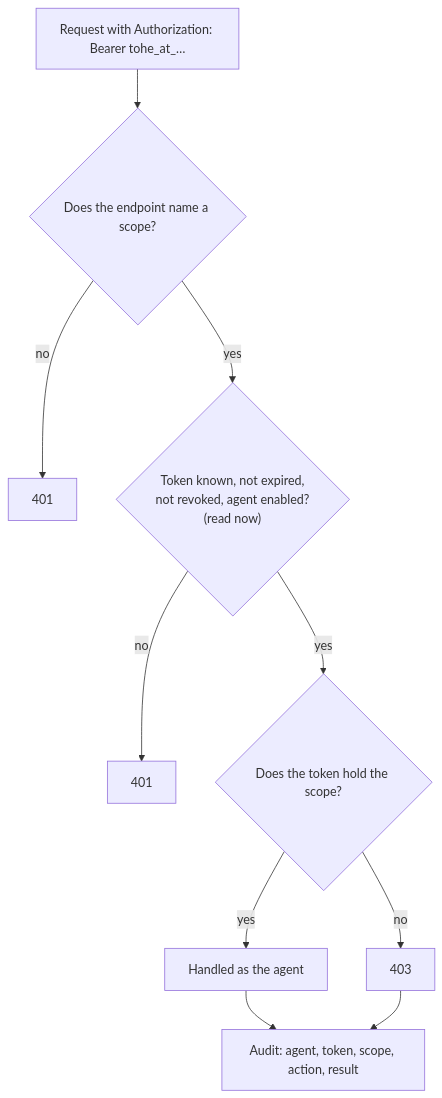
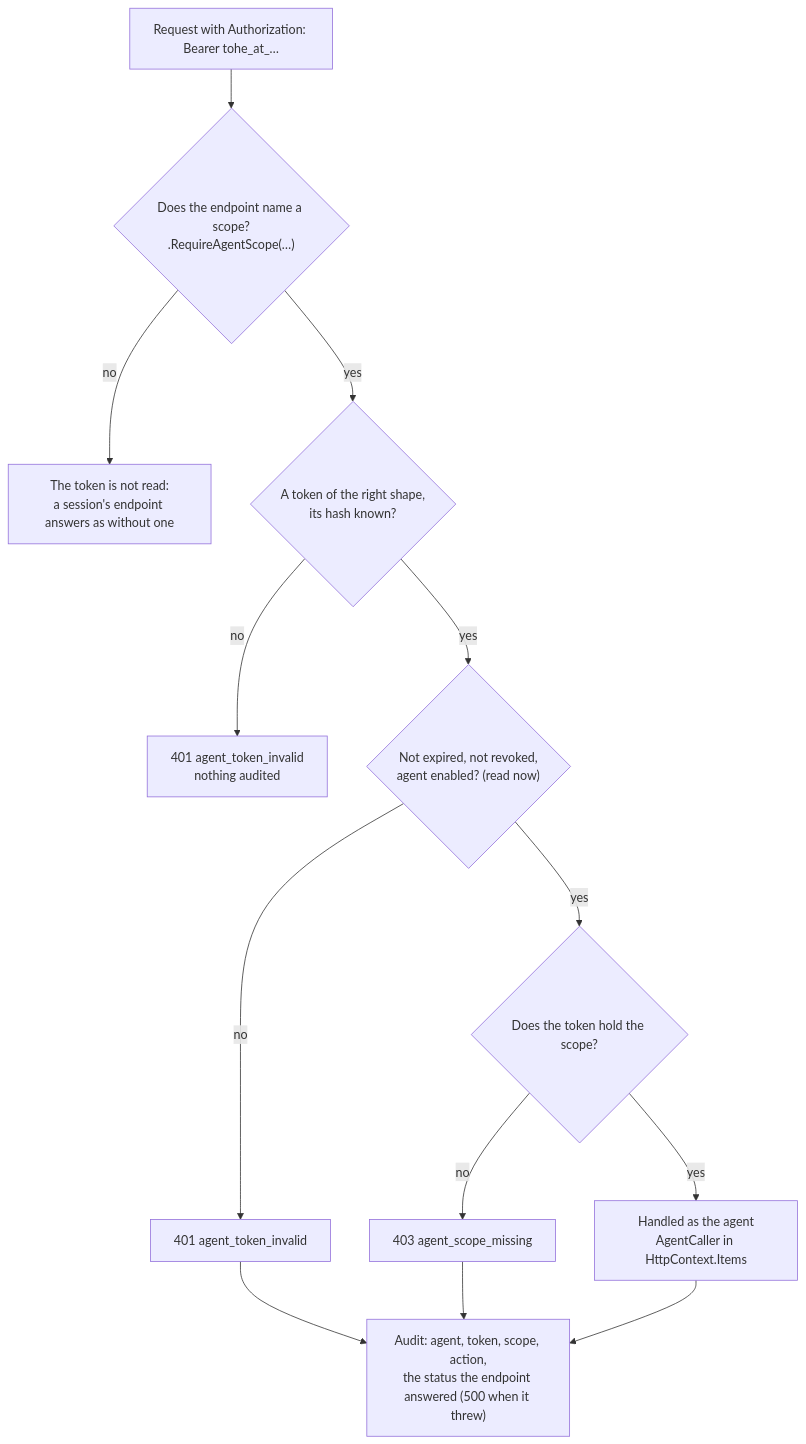
The second of 2 diagrams in docs/architecture/agent-tokens.md (vinh466/tohe-play), drawn with Mermaid before and after one commit. The commit also changed other lines of this file and 28 other files, not shown here.

````diff
--- a/docs/architecture/agent-tokens.md
+++ b/docs/architecture/agent-tokens.md
@@ -47,12 +64,15 @@
 ```mermaid
 flowchart TD
-  r["Request with Authorization: Bearer tohe_at_…"] --> e{"Does the endpoint name a scope?"}
-  e -- no --> no1["401"]
-  e -- yes --> t{"Token known, not expired,<br/>not revoked, agent enabled?<br/>(read now)"}
-  t -- no --> no2["401"]
+  r["Request with Authorization: Bearer tohe_at_…"] --> e{"Does the endpoint name a scope?<br/>.RequireAgentScope(…)"}
+  e -- no --> no1["The token is not read:<br/>a session's endpoint answers as without one"]
+  e -- yes --> f{"A token of the right shape,<br/>its hash known?"}
+  f -- no --> no2["401 agent_token_invalid<br/>nothing audited"]
+  f -- yes --> t{"Not expired, not revoked,<br/>agent enabled? (read now)"}
+  t -- no --> no3["401 agent_token_invalid"]
   t -- yes --> s{"Does the token hold the scope?"}
-  s -- no --> no3["403"]
-  s -- yes --> ok["Handled as the agent"]
-  ok --> a["Audit: agent, token, scope, action, result"]
+  s -- no --> no4["403 agent_scope_missing"]
+  s -- yes --> ok["Handled as the agent<br/>AgentCaller in HttpContext.Items"]
+  ok --> a["Audit: agent, token, scope, action,<br/>the status the endpoint answered (500 when it threw)"]
   no3 --> a
+  no4 --> a
 ```
````
